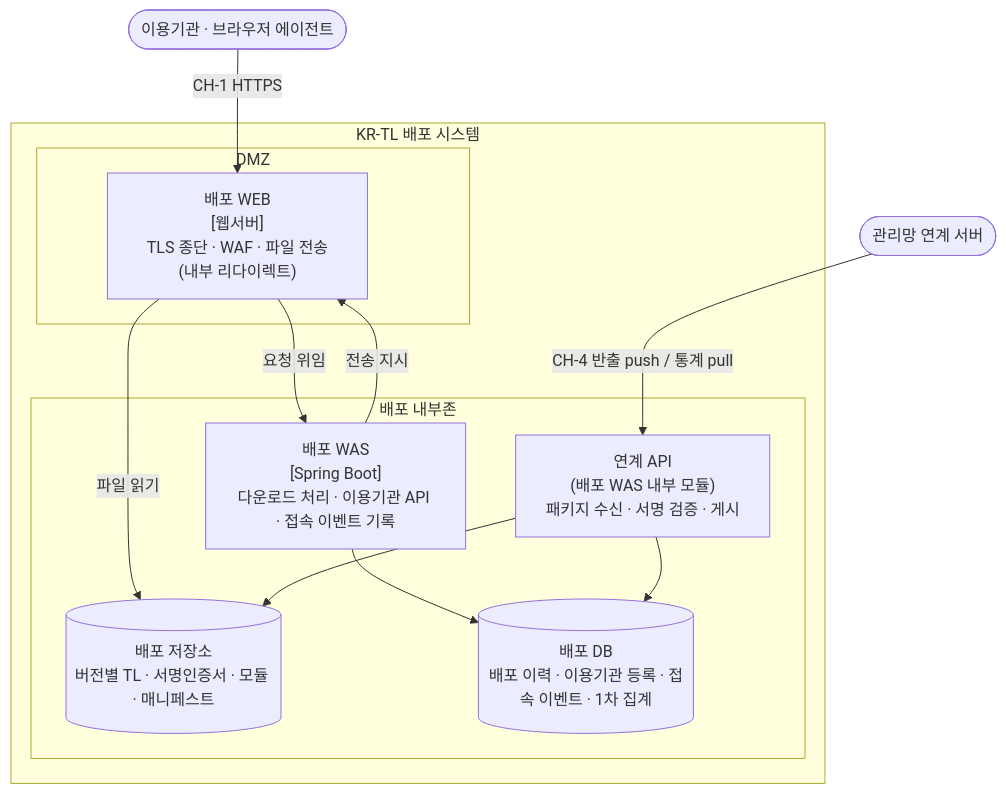
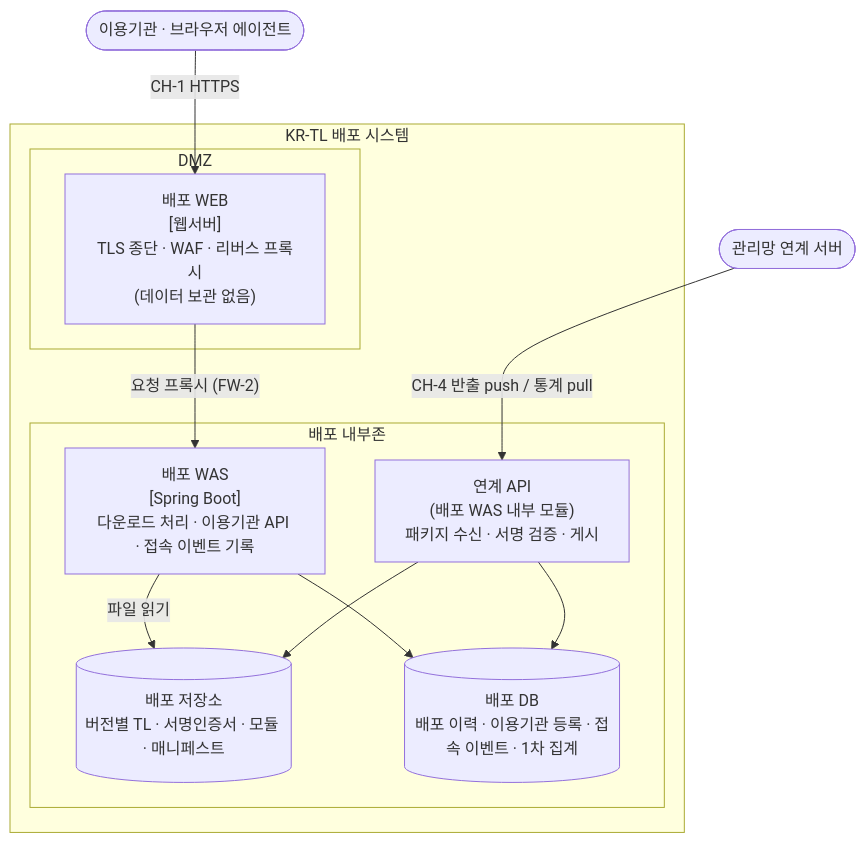
Before and after one commit to yongsungkim-electcerti/kr-dss: the fourth of 7 diagrams in docs/design/KR-TL-관리시스템/02-시스템구성도.md, drawn with Mermaid. The commit also changed other lines of this file and 6 other files, not shown here.

````diff
--- a/docs/design/KR-TL-관리시스템/02-시스템구성도.md
+++ b/docs/design/KR-TL-관리시스템/02-시스템구성도.md
@@ -156,26 +156,25 @@
 ```mermaid
 flowchart TB
     EXT(["이용기관 · 브라우저 에이전트"])
     LINK(["관리망 연계 서버"])
 
     subgraph DIST["KR-TL 배포 시스템"]
         subgraph DMZ["DMZ"]
-            WEB["배포 WEB<br/>[웹서버]<br/>TLS 종단 · WAF · 파일 전송(내부 리다이렉트)"]
+            WEB["배포 WEB<br/>[웹서버]<br/>TLS 종단 · WAF · 리버스 프록시<br/>(데이터 보관 없음)"]
         end
         subgraph IN["배포 내부존"]
             DWAS["배포 WAS<br/>[Spring Boot]<br/>다운로드 처리 · 이용기관 API · 접속 이벤트 기록"]
             RCV["연계 API<br/>(배포 WAS 내부 모듈)<br/>패키지 수신 · 서명 검증 · 게시"]
             DREPO[("배포 저장소<br/>버전별 TL · 서명인증서 · 모듈 · 매니페스트")]
             DDB[("배포 DB<br/>배포 이력 · 이용기관 등록 · 접속 이벤트 · 1차 집계")]
         end
     end
 
     EXT -- "CH-1 HTTPS" --> WEB
-    WEB -- "요청 위임" --> DWAS
-    DWAS -- "전송 지시" --> WEB
-    WEB -- "파일 읽기" --> DREPO
+    WEB -- "요청 프록시 (FW-2)" --> DWAS
+    DWAS -- "파일 읽기" --> DREPO
     DWAS --> DDB
     LINK -- "CH-4 반출 push / 통계 pull" --> RCV
     RCV --> DREPO
     RCV --> DDB
 ```
````
